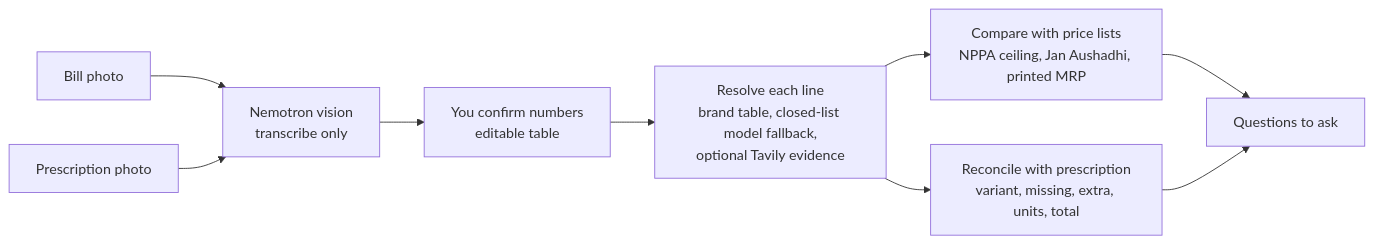
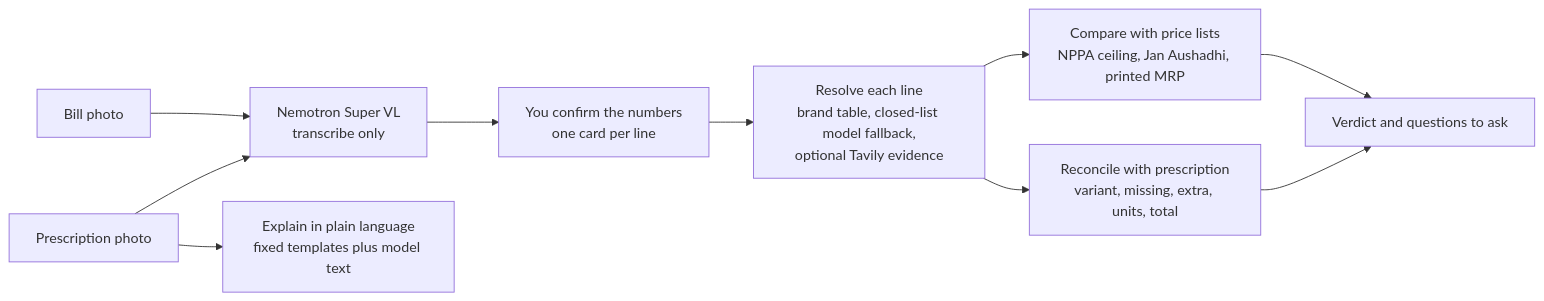
The first of 2 diagrams in README.md (aadih88/dawa-buddy), drawn with Mermaid before and after one commit. The commit also changed other lines of this file and 10 other files, not shown here.

````diff
--- a/README.md
+++ b/README.md
@@ -108,11 +202,12 @@
 ```mermaid
 flowchart LR
-    A[Bill photo] --> V[Nemotron vision<br/>transcribe only]
+    A[Bill photo] --> V[Nemotron Super VL<br/>transcribe only]
     B[Prescription photo] --> V
-    V --> E[You confirm numbers<br/>editable table]
+    V --> E[You confirm the numbers<br/>one card per line]
     E --> R[Resolve each line<br/>brand table, closed-list model fallback,<br/>optional Tavily evidence]
     R --> P[Compare with price lists<br/>NPPA ceiling, Jan Aushadhi, printed MRP]
     R --> C[Reconcile with prescription<br/>variant, missing, extra, units, total]
-    P --> Q[Questions to ask]
+    P --> Q[Verdict and questions to ask]
     C --> Q
+    B --> X[Explain in plain language<br/>fixed templates plus model text]
 ```
````
